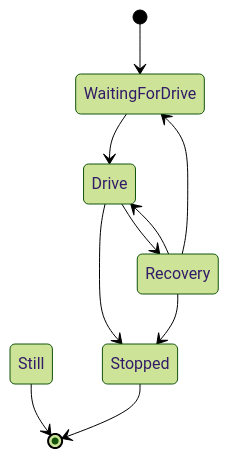
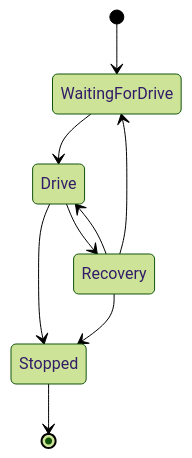
One commit to laberning/openrowingmonitor changed the fourth of 4 diagrams in docs/Architecture.md. Above: the diagram before and after it, drawn with Mermaid (forest theme).

````diff
--- a/docs/Architecture.md
+++ b/docs/Architecture.md
@@ -92,13 +92,11 @@
 ```mermaid
 stateDiagram-v2
     [*] --> WaitingForDrive
-    Still --> [*]
-
     WaitingForDrive --> Drive
     Drive --> Recovery
     Recovery --> Drive
     Recovery --> WaitingForDrive
     Drive --> Stopped
     Recovery --> Stopped
     Stopped --> [*]
 ```
````
